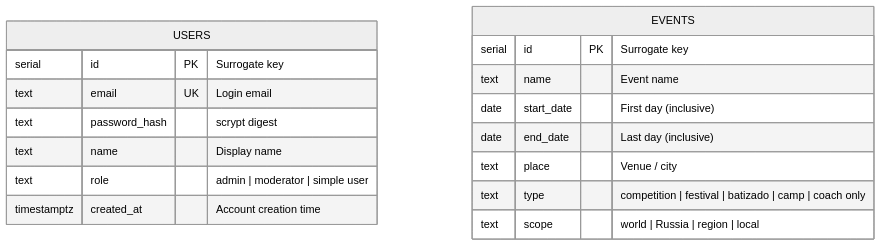
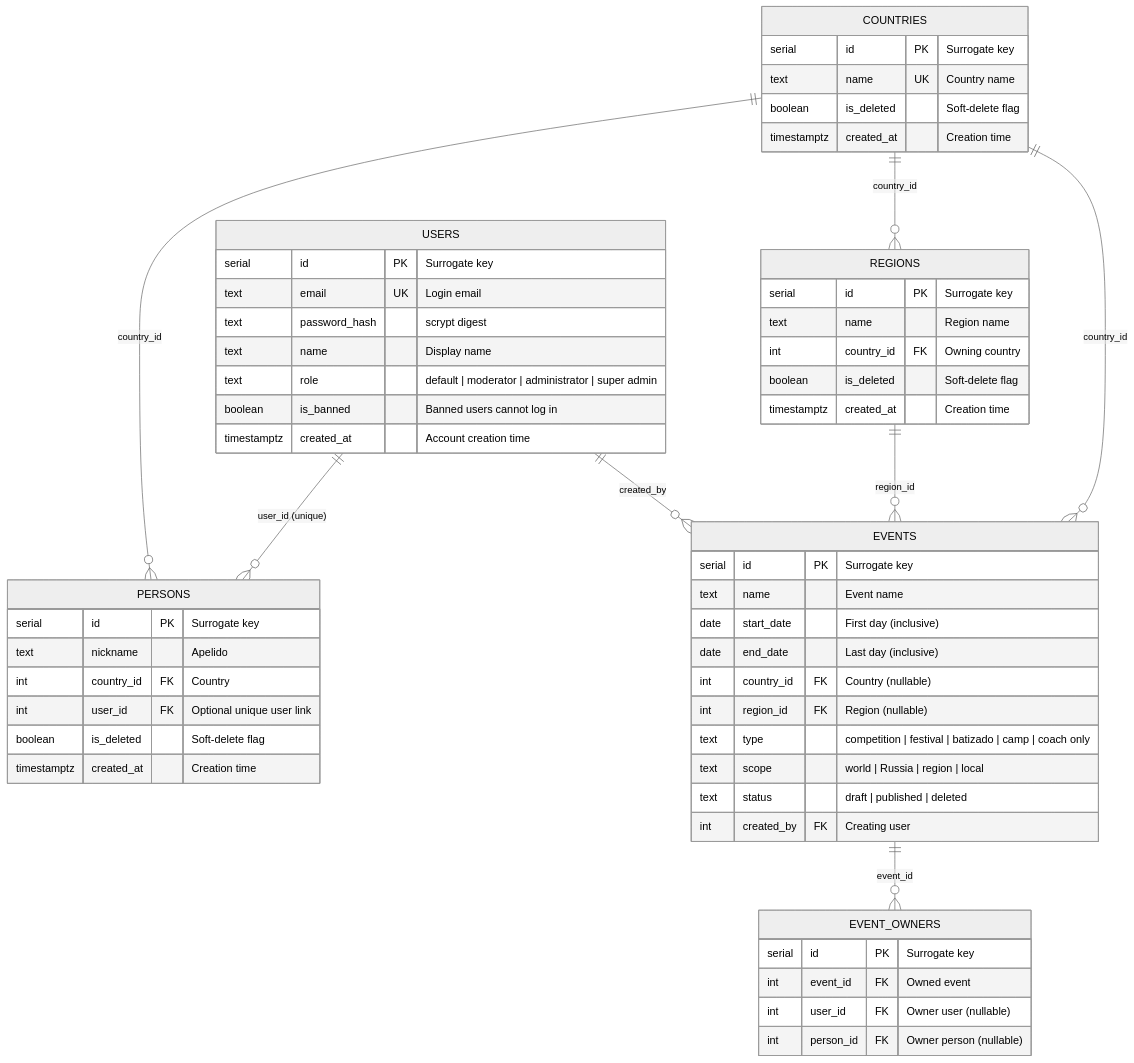
One commit to incube1989/AbadaGlobal changed the diagram in Backend/db/SCHEMA.md. Above: the diagram before and after it, drawn with Mermaid (neutral theme). The commit also changed other lines of this file and 92 other files, not shown here.

````diff
--- a/Backend/db/SCHEMA.md
+++ b/Backend/db/SCHEMA.md
@@ -21,20 +21,58 @@
 ```mermaid
 erDiagram
     USERS {
         serial id PK "Surrogate key"
         text email UK "Login email"
         text password_hash "scrypt digest"
         text name "Display name"
-        text role "admin | moderator | simple user"
+        text role "default | moderator | administrator | super admin"
+        boolean is_banned "Banned users cannot log in"
         timestamptz created_at "Account creation time"
+    }
+    COUNTRIES {
+        serial id PK "Surrogate key"
+        text name UK "Country name"
+        boolean is_deleted "Soft-delete flag"
+        timestamptz created_at "Creation time"
+    }
+    REGIONS {
+        serial id PK "Surrogate key"
+        text name "Region name"
+        int country_id FK "Owning country"
+        boolean is_deleted "Soft-delete flag"
+        timestamptz created_at "Creation time"
+    }
+    PERSONS {
+        serial id PK "Surrogate key"
+        text nickname "Apelido"
+        int country_id FK "Country"
+        int user_id FK "Optional unique user link"
+        boolean is_deleted "Soft-delete flag"
+        timestamptz created_at "Creation time"
     }
     EVENTS {
         serial id PK "Surrogate key"
         text name "Event name"
         date start_date "First day (inclusive)"
         date end_date "Last day (inclusive)"
-        text place "Venue / city"
+        int country_id FK "Country (nullable)"
+        int region_id FK "Region (nullable)"
         text type "competition | festival | batizado | camp | coach only"
         text scope "world | Russia | region | local"
+        text status "draft | published | deleted"
+        int created_by FK "Creating user"
     }
+    EVENT_OWNERS {
+        serial id PK "Surrogate key"
+        int event_id FK "Owned event"
+        int user_id FK "Owner user (nullable)"
+        int person_id FK "Owner person (nullable)"
+    }
+    USERS ||--o{ PERSONS : "user_id (unique)"
+    COUNTRIES ||--o{ REGIONS : country_id
+    COUNTRIES ||--o{ PERSONS : country_id
+    COUNTRIES ||--o{ EVENTS : country_id
+    REGIONS ||--o{ EVENTS : region_id
+    USERS ||--o{ EVENTS : created_by
+    EVENTS ||--o{ EVENT_OWNERS : event_id
 ```
````
